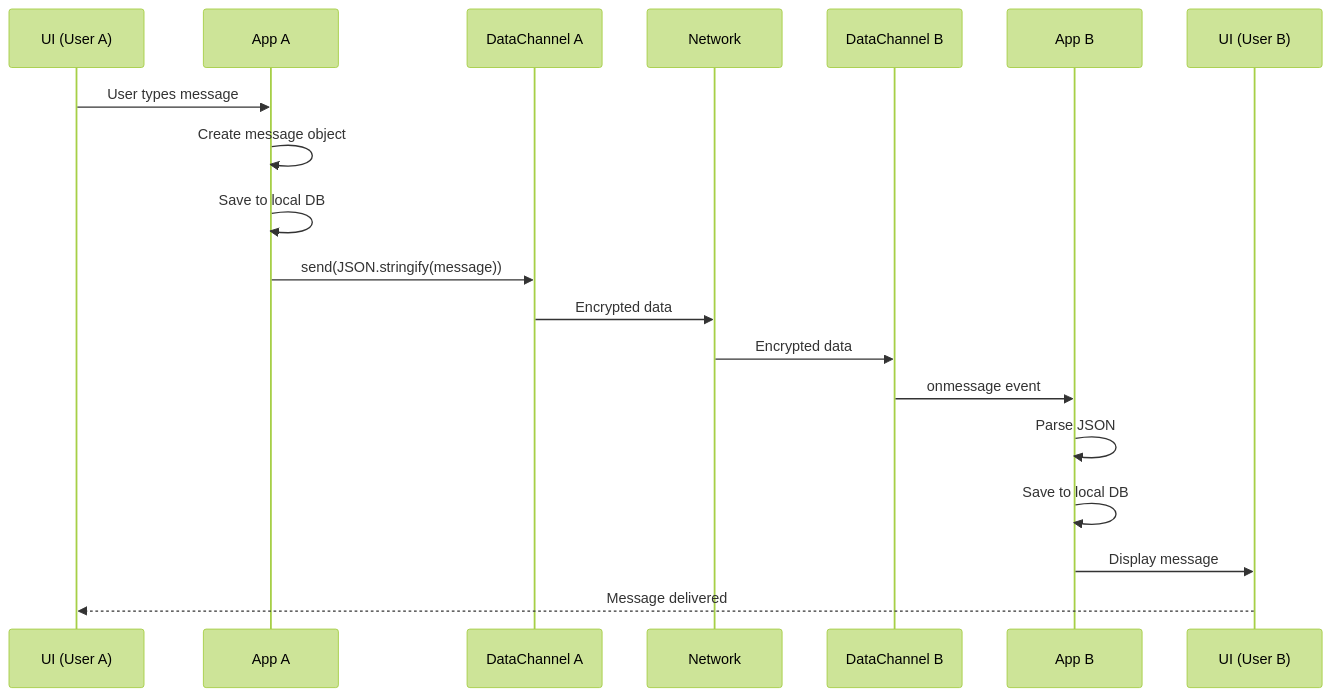
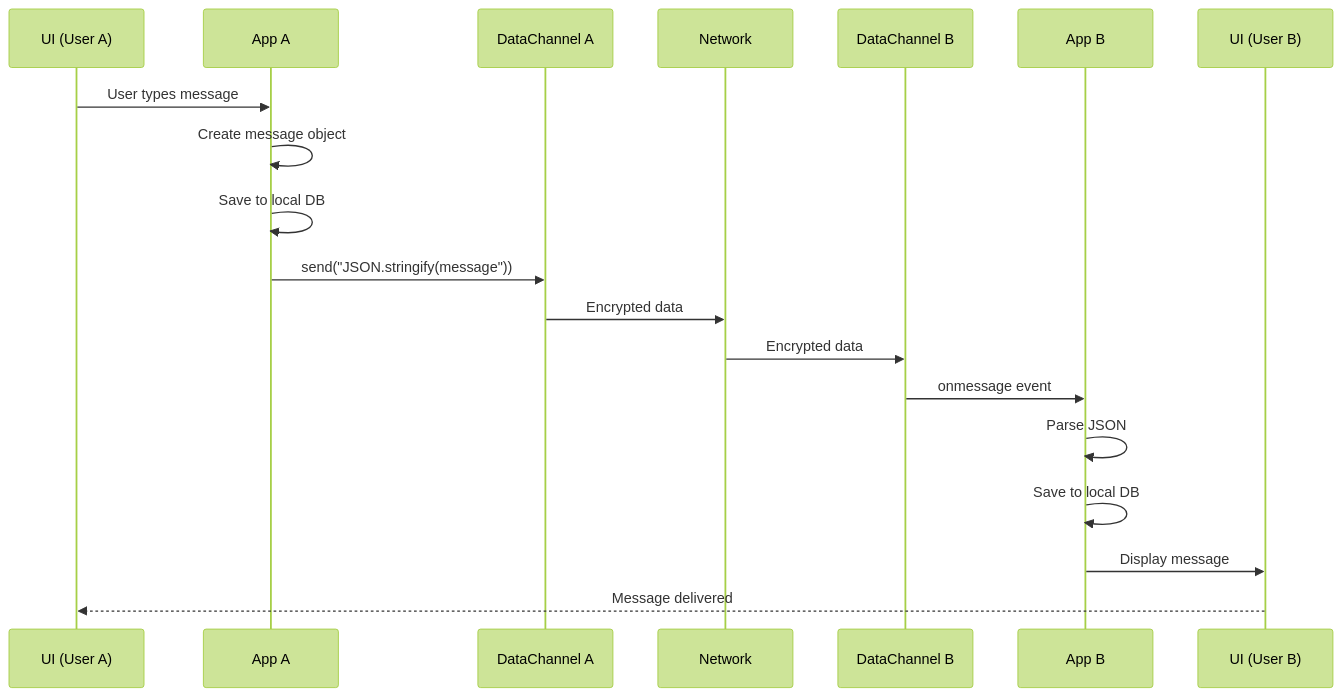
One commit to amr-kasem/distributed-systems-react-chat-peer changed the eighth of 15 diagrams in docs/communication-flow.md. Above: the diagram before and after it, drawn with Mermaid (forest theme). The commit also changed other lines of this file and 7 other files, not shown here.

Commit message:
solved issues with diagrams

````diff
--- a/docs/communication-flow.md
+++ b/docs/communication-flow.md
@@ -285,22 +285,22 @@
 ```mermaid
 sequenceDiagram
     participant UI_A as UI (User A)
     participant App_A as App A
     participant DC_A as DataChannel A
     participant Network
     participant DC_B as DataChannel B
     participant App_B as App B
     participant UI_B as UI (User B)
     
     UI_A->>App_A: User types message
     App_A->>App_A: Create message object
     App_A->>App_A: Save to local DB
-    App_A->>DC_A: send(JSON.stringify(message))
+    App_A->>DC_A: send("JSON.stringify(message"))
     DC_A->>Network: Encrypted data
     Network->>DC_B: Encrypted data
     DC_B->>App_B: onmessage event
     App_B->>App_B: Parse JSON
     App_B->>App_B: Save to local DB
     App_B->>UI_B: Display message
     UI_B-->>UI_A: Message delivered
 ```
````
